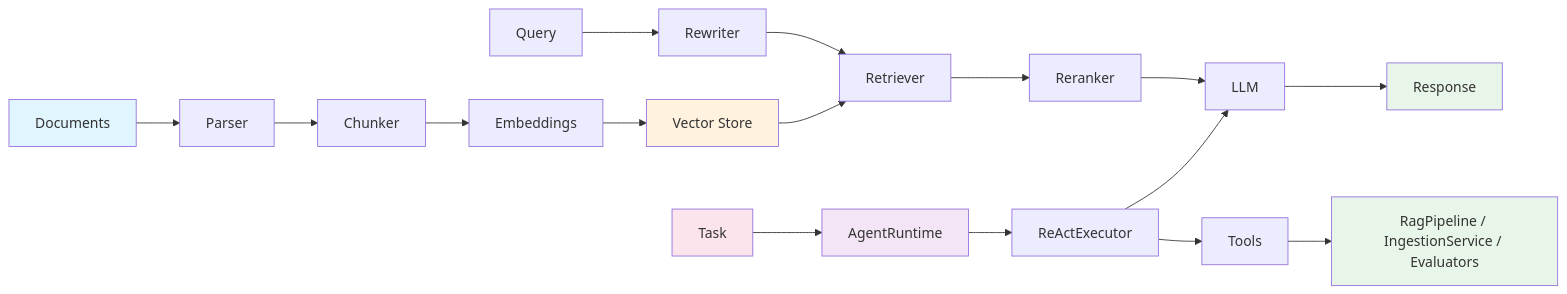
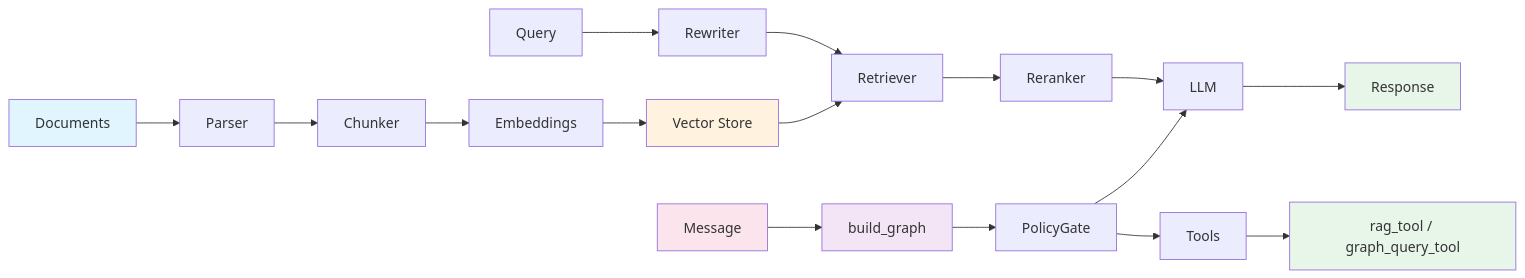
Before and after one commit to gmottola00/Quaerium: the diagram in docs/index.md, drawn with Mermaid. The commit also changed other lines of this file and 74 other files, not shown here.

````diff
--- a/docs/index.md
+++ b/docs/index.md
@@ -225,27 +226,27 @@
 ```mermaid
 graph LR
     A[Documents] --> B[Parser]
     B --> C[Chunker]
     C --> D[Embeddings]
     D --> E[Vector Store]
 
     F[Query] --> G[Rewriter]
     G --> H[Retriever]
     E --> H
     H --> I[Reranker]
     I --> J[LLM]
     J --> K[Response]
 
-    L[Task] --> M[AgentRuntime]
-    M --> N[ReActExecutor]
+    L[Message] --> M[build_graph]
+    M --> N[PolicyGate]
     N --> O[Tools]
-    O --> P[RagPipeline / IngestionService / Evaluators]
+    O --> P[rag_tool / graph_query_tool]
     N --> J
 
     style A fill:#e1f5ff
     style E fill:#fff3e0
     style K fill:#e8f5e9
     style L fill:#fce4ec
     style M fill:#f3e5f5
     style P fill:#e8f5e9
 ```
````
